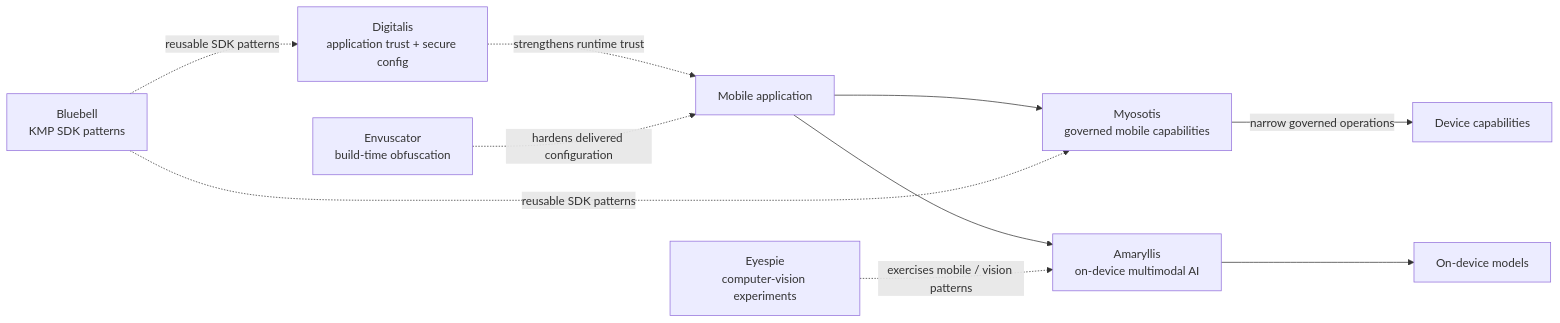
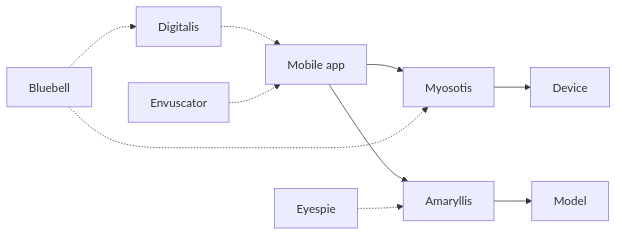
The fourth of 6 diagrams in profile/README.md (hackelia-micrantha/.github), drawn with Mermaid before and after one commit. The commit also changed other lines of this file, not shown here.

Commit message:
docs: simplify mermaid labels

````diff
--- a/profile/README.md
+++ b/profile/README.md
@@ -136,22 +136,12 @@
 ```mermaid
 flowchart LR
-  APP["Mobile application"]
-  MY["Myosotis<br/>governed mobile capabilities"]
-  AM["Amaryllis<br/>on-device multimodal AI"]
-  DI["Digitalis<br/>application trust + secure config"]
-  EN["Envuscator<br/>build-time obfuscation"]
-  BL["Bluebell<br/>KMP SDK patterns"]
-  EY["Eyespie<br/>computer-vision experiments"]
-  DEV["Device capabilities"]
-  MODEL["On-device models"]
-
-  APP --> MY
-  MY -->|narrow governed operations| DEV
-  APP --> AM
-  AM --> MODEL
-  DI -.->|strengthens runtime trust| APP
-  EN -.->|hardens delivered configuration| APP
-  BL -.->|reusable SDK patterns| MY
-  BL -.->|reusable SDK patterns| DI
-  EY -.->|exercises mobile / vision patterns| AM
+  APP["Mobile app"] --> MY["Myosotis"]
+  MY --> DEV["Device"]
+  APP --> AM["Amaryllis"]
+  AM --> MODEL["Model"]
+  DI["Digitalis"] -.-> APP
+  EN["Envuscator"] -.-> APP
+  BL["Bluebell"] -.-> MY
+  BL -.-> DI
+  EY["Eyespie"] -.-> AM
 ```
````
